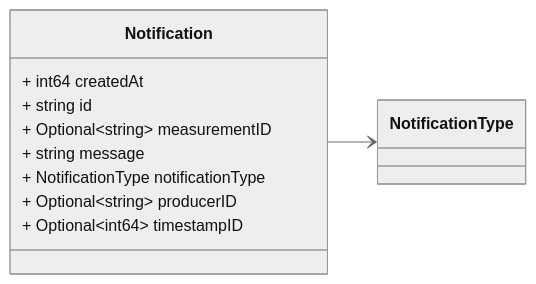
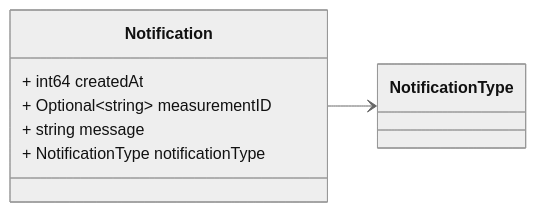
Before and after one commit to zaphiro-technologies/protobuf: the fourth of 4 diagrams in docs/task.proto.md, drawn with Mermaid (neutral theme). The commit also changed other lines of this file and 7 other files, not shown here.

````diff
--- a/docs/task.proto.md
+++ b/docs/task.proto.md
@@ -101,18 +99,15 @@
 ```mermaid
 classDiagram
 direction LR
 
-%% A notification message. Headers used in rabbitMQ: `notificationType` `producerId` `timestampID`
+%% A notification message. Headers used in rabbitMQ: * `id`: id of the `Notification` * `type`: always `Notification` * `producerId`: the id of the producer (e.g. a PMU) linked to the notification. * `timestampId`: related measurement timestamp (if any) * `notificationType`: The textual representation of the notification type.
 
 class Notification {
   + int64 createdAt
-  + string id
   + Optional~string~ measurementID
   + string message
   + NotificationType notificationType
-  + Optional~string~ producerID
-  + Optional~int64~ timestampID
 }
 Notification --> `NotificationType`
 
 ```
````
